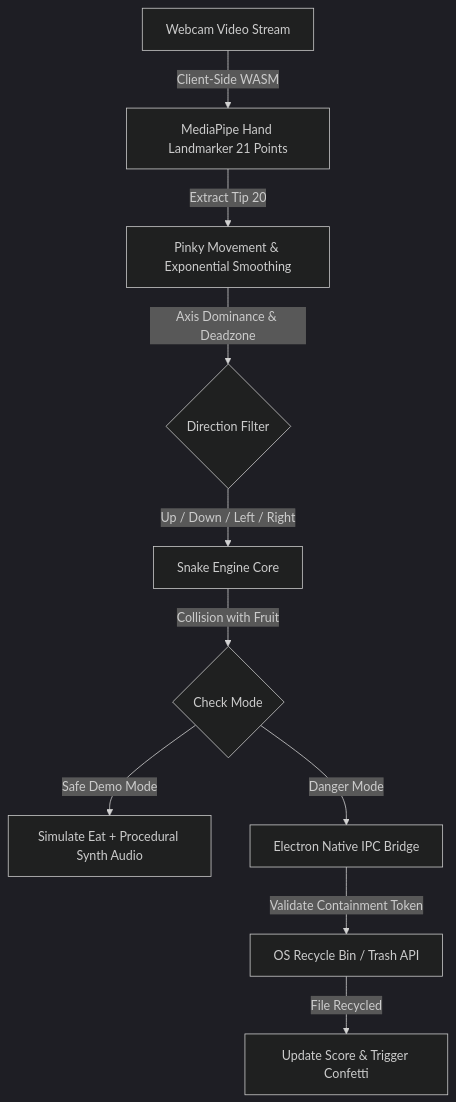
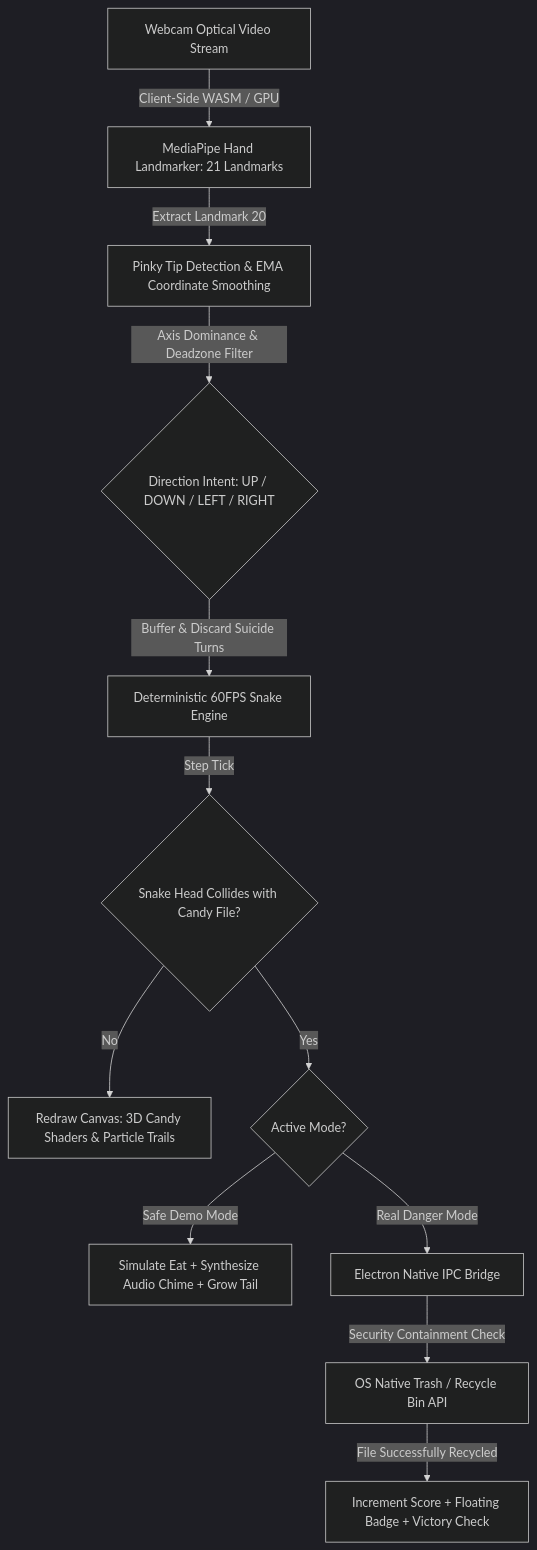
The diagram in README.md (vishnuu-kr/DangerPinky), drawn with Mermaid (dark theme) before and after one commit. The commit also changed other lines of this file, not shown here.

Commit message:
docs: expand README with comprehensive descriptions, hardware schematics, and full TinkerHub template

````diff
--- a/README.md
+++ b/README.md
@@ -91,12 +122,14 @@
 ```mermaid
 graph TD
-    A[Webcam Video Stream] -->|Client-Side WASM| B[MediaPipe Hand Landmarker 21 Points]
-    B -->|Extract Tip 20| C[Pinky Movement & Exponential Smoothing]
-    C -->|Axis Dominance & Deadzone| D{Direction Filter}
-    D -->|Up / Down / Left / Right| E[Snake Engine Core]
-    E -->|Collision with Fruit| F{Check Mode}
-    F -->|Safe Demo Mode| G[Simulate Eat + Procedural Synth Audio]
-    F -->|Danger Mode| H[Electron Native IPC Bridge]
-    H -->|Validate Containment Token| I[OS Recycle Bin / Trash API]
-    I -->|File Recycled| J[Update Score & Trigger Confetti]
+    A[Webcam Optical Video Stream] -->|Client-Side WASM / GPU| B[MediaPipe Hand Landmarker: 21 Landmarks]
+    B -->|Extract Landmark 20| C[Pinky Tip Detection & EMA Coordinate Smoothing]
+    C -->|Axis Dominance & Deadzone Filter| D{Direction Intent: UP / DOWN / LEFT / RIGHT}
+    D -->|Buffer & Discard Suicide Turns| E[Deterministic 60FPS Snake Engine]
+    E -->|Step Tick| F{Snake Head Collides with Candy File?}
+    F -- No --> G[Redraw Canvas: 3D Candy Shaders & Particle Trails]
+    F -- Yes --> H{Active Mode?}
+    H -- Safe Demo Mode --> I[Simulate Eat + Synthesize Audio Chime + Grow Tail]
+    H -- Real Danger Mode --> J[Electron Native IPC Bridge]
+    J -->|Security Containment Check| K[OS Native Trash / Recycle Bin API]
+    K -->|File Successfully Recycled| L[Increment Score + Floating Badge + Victory Check]
 ```
````
